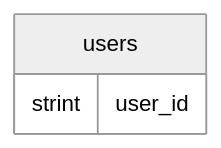
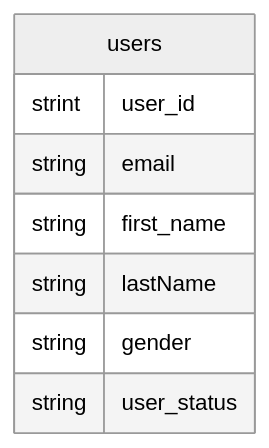
The diagram in be/README.md (YutaroMatsumoto/knove), drawn with Mermaid (neutral theme) before and after one commit.

````diff
--- a/be/README.md
+++ b/be/README.md
@@ -108,13 +108,16 @@
 ```mermaid
 erDiagram
 
 users
 
 users {
   strint user_id
-  
-  
+  string email
+  string first_name
+  string lastName
+  string gender
+  string user_status
 }
 
 
 ```
````
